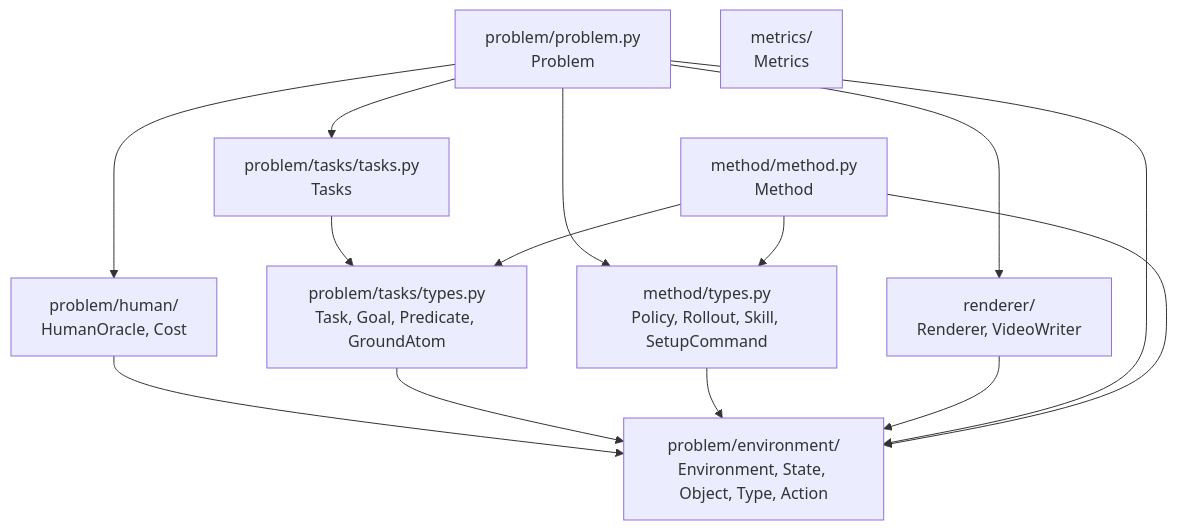
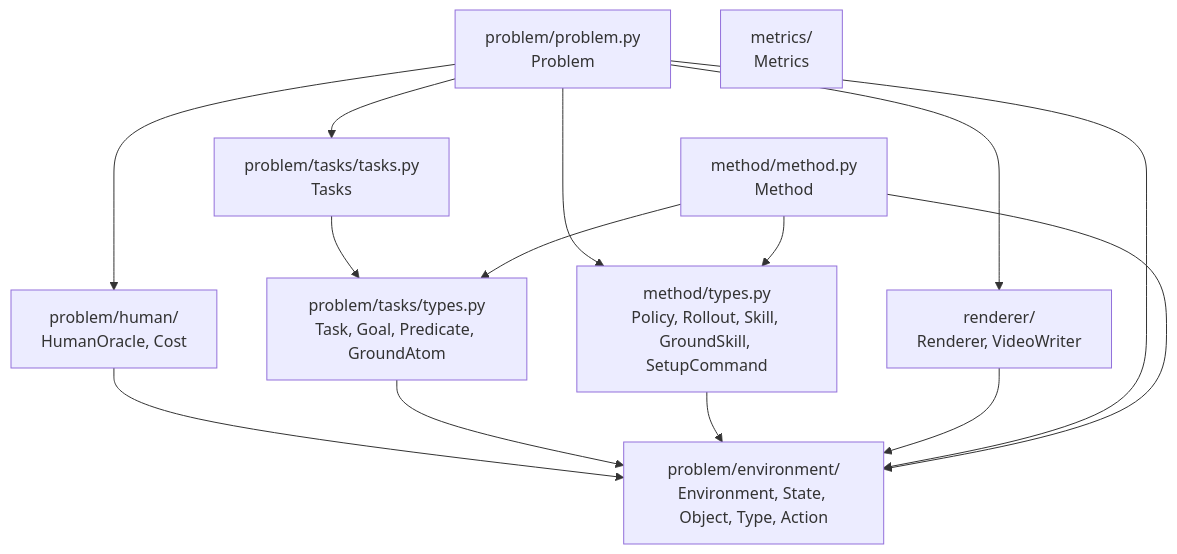
One commit to joshnroy/human-in-the-loop-practice-makes-perfect changed the diagram in src/hitl_pmp/core/README.md. Above: the diagram before and after it, drawn with Mermaid. The commit also changed other lines of this file and 12 other files, not shown here.

First line of the commit message:
Port Skill/GroundSkill types + concrete Light Switch skills

````diff
--- a/src/hitl_pmp/core/README.md
+++ b/src/hitl_pmp/core/README.md
@@ -260,26 +277,26 @@
 ```mermaid
 graph TD
     env["problem/environment/<br/>Environment, State, Object, Type, Action"]
     ho["problem/human/<br/>HumanOracle, Cost"]
     tasktypes["problem/tasks/types.py<br/>Task, Goal, Predicate, GroundAtom"]
     tasks["problem/tasks/tasks.py<br/>Tasks"]
-    mtypes["method/types.py<br/>Policy, Rollout, Skill, SetupCommand"]
+    mtypes["method/types.py<br/>Policy, Rollout, Skill, GroundSkill, SetupCommand"]
     renderer["renderer/<br/>Renderer, VideoWriter"]
     problem["problem/problem.py<br/>Problem"]
     method["method/method.py<br/>Method"]
     metrics["metrics/<br/>Metrics"]
 
     ho --> env
     tasktypes --> env
     tasks --> tasktypes
     mtypes --> env
     renderer --> env
     problem --> env
     problem --> ho
     problem --> tasks
     problem --> mtypes
     problem --> renderer
     method --> env
     method --> mtypes
     method --> tasktypes
 ```
````
